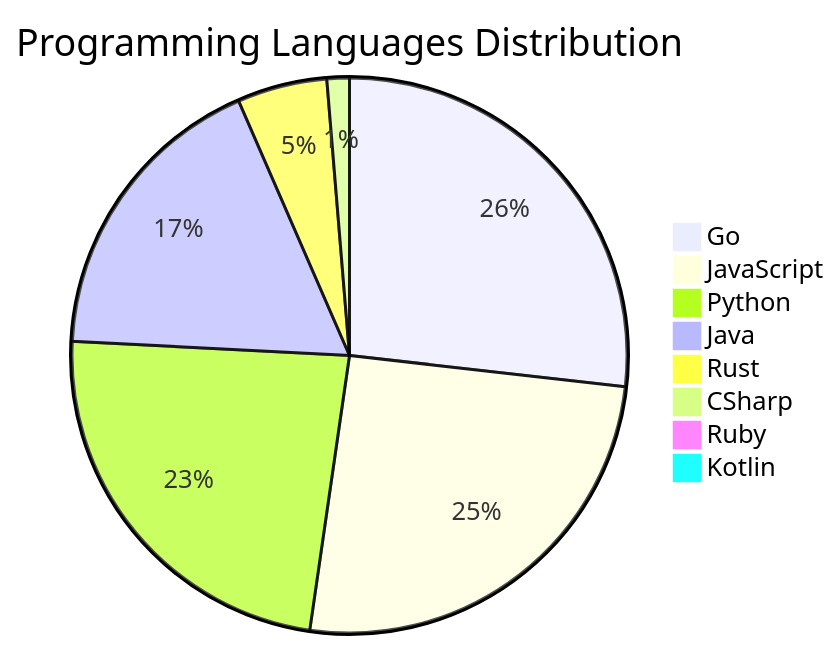
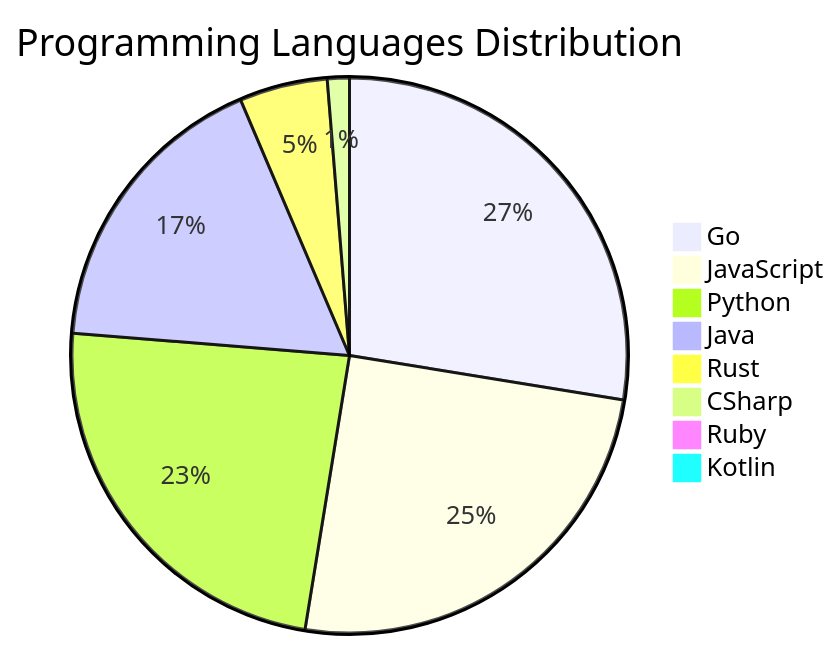
The diagram in README.md (Derrick-MUGISHA/github-activity-bot), drawn with Mermaid before and after one commit. The commit also changed other lines of this file and 4 other files, not shown here.

````diff
--- a/README.md
+++ b/README.md
@@ -209,11 +209,11 @@
 ```mermaid
 pie title Programming Languages Distribution
-    "Go" : 41
+    "Go" : 43
     "JavaScript" : 39
-    "Python" : 36
+    "Python" : 37
     "Java" : 27
     "Rust" : 8
     "CSharp" : 2
     "Ruby" : 1
     "Kotlin" : 1
 ```
````
